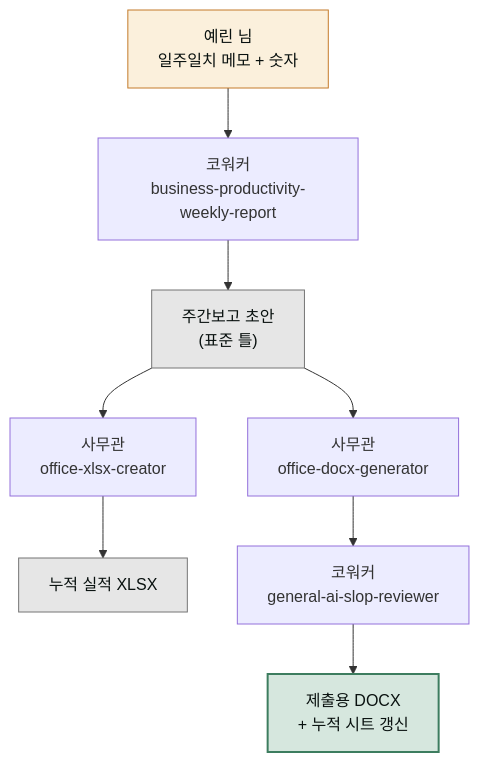
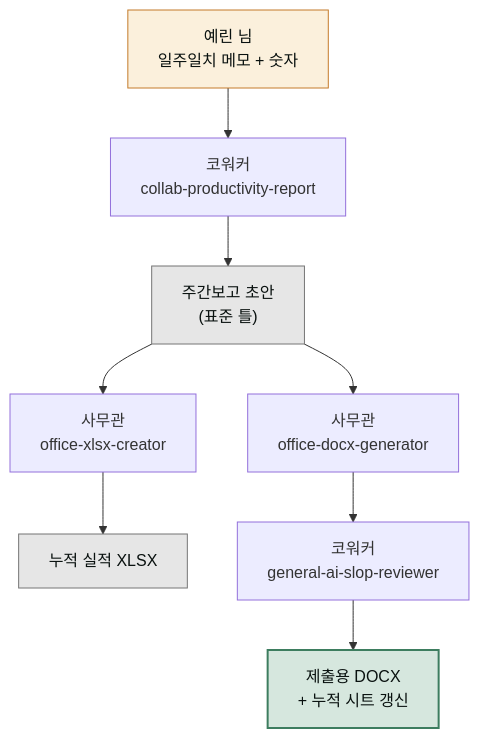
The diagram in www/content/cookbook/projects/weekly-report-routine.md (modu-ai/cowork-plugins), drawn with Mermaid before and after one commit. The commit also changed other lines of this file and 278 other files, not shown here.

````diff
--- a/www/content/cookbook/projects/weekly-report-routine.md
+++ b/www/content/cookbook/projects/weekly-report-routine.md
@@ -52,15 +52,15 @@
 ```mermaid
 flowchart TD
-   U["예린 님<br/>일주일치 메모 + 숫자"] --> W1["코워커<br/>business-productivity-weekly-report"]
+   U["예린 님<br/>일주일치 메모 + 숫자"] --> W1["코워커<br/>collab-productivity-report"]
    W1 --> R1["주간보고 초안<br/>(표준 틀)"]
    R1 --> O1["사무관<br/>office-xlsx-creator"]
    O1 --> R2["누적 실적 XLSX"]
    R1 --> O2["사무관<br/>office-docx-generator"]
    O2 --> W2["코워커<br/>general-ai-slop-reviewer"]
    W2 --> OUT["제출용 DOCX<br/>+ 누적 시트 갱신"]
 
    style U fill:#fbf0dc,stroke:#c47b2a,color:#09110f
    style R1 fill:#e6e6e6,stroke:#757575,color:#09110f
    style R2 fill:#e6e6e6,stroke:#757575,color:#09110f
    style OUT fill:#d6e7de,stroke:#3d7d5f,stroke-width:2px,color:#09110f
 ```
````
